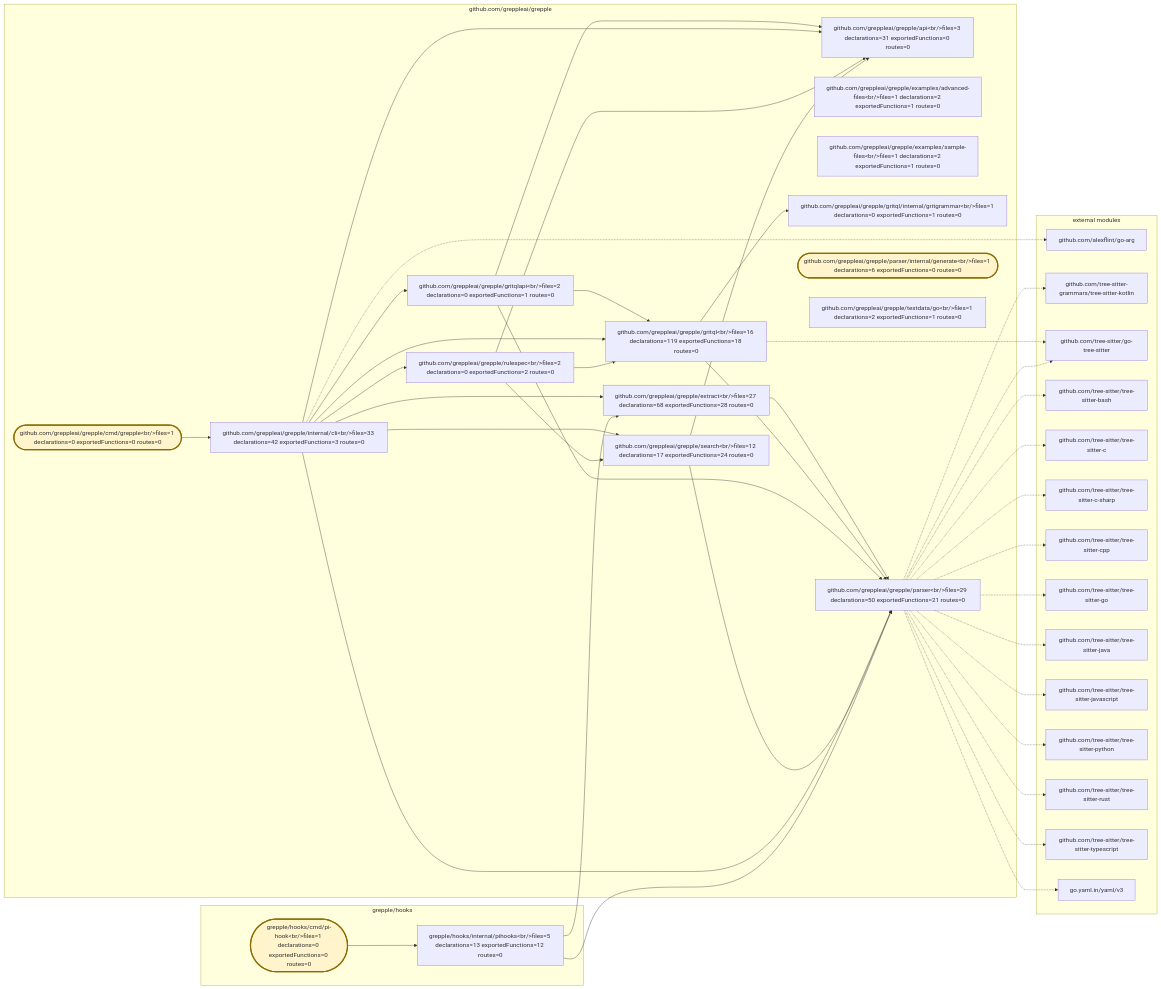
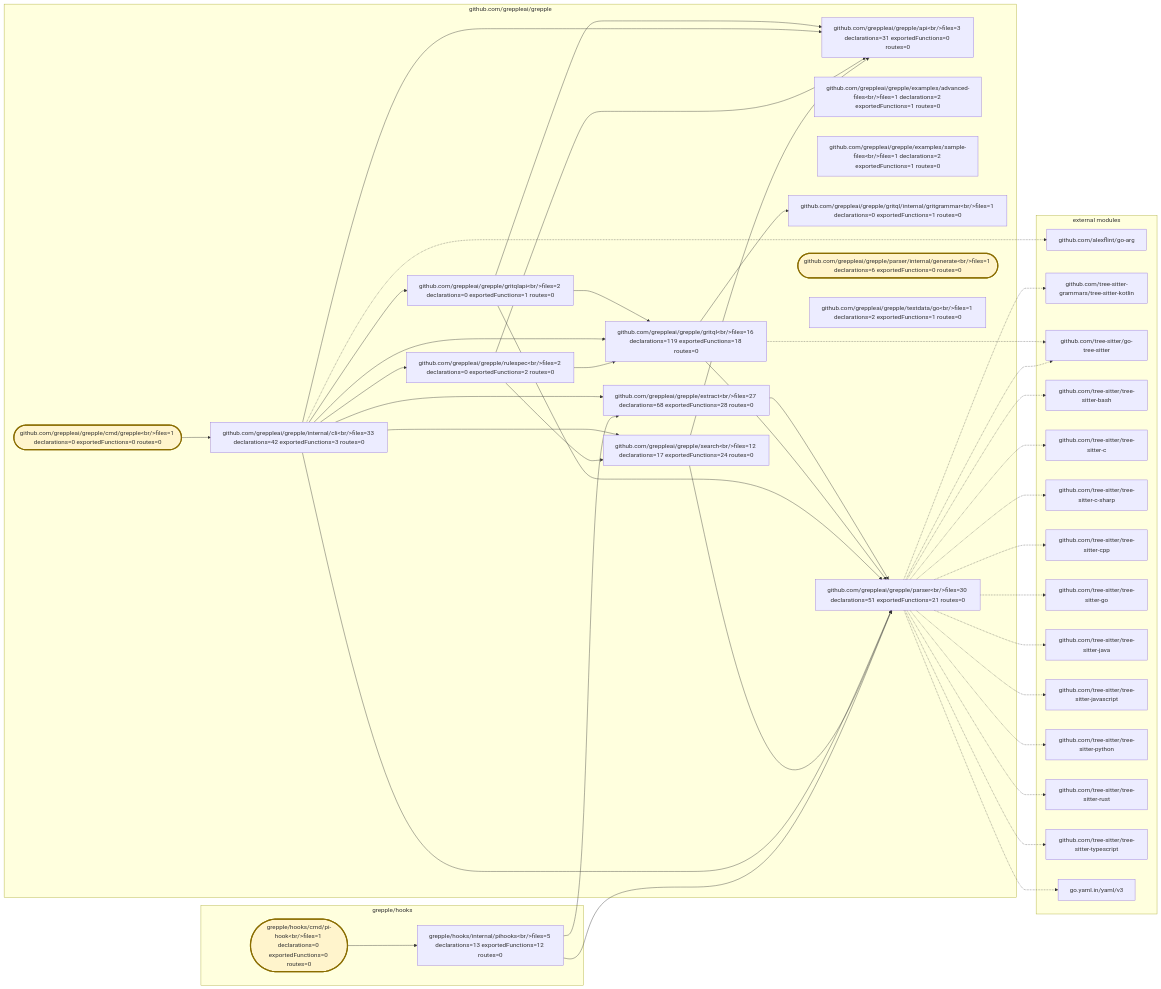
One commit to greppleai/grepple changed the diagram in .grepple/project.workspace/overview.mmd. Above: the diagram before and after it, drawn with Mermaid. The commit also changed 21 other files, not shown here.

```diff
--- a/.grepple/project.workspace/overview.mmd
+++ b/.grepple/project.workspace/overview.mmd
@@ -1,78 +1,78 @@
 flowchart LR
     classDef entrypoint fill:#fff4cc,stroke:#8a6d00,stroke-width:3px
     subgraph module_0["github.com/greppleai/grepple"]
         package_0["github.com/greppleai/grepple/api&lt;br/&gt;files=3 declarations=31 exportedFunctions=0 routes=0"]
         package_1(["github.com/greppleai/grepple/cmd/grepple&lt;br/&gt;files=1 declarations=0 exportedFunctions=0 routes=0"])
         class package_1 entrypoint
         package_2["github.com/greppleai/grepple/examples/advanced-files&lt;br/&gt;files=1 declarations=2 exportedFunctions=1 routes=0"]
         package_3["github.com/greppleai/grepple/examples/sample-files&lt;br/&gt;files=1 declarations=2 exportedFunctions=1 routes=0"]
         package_4["github.com/greppleai/grepple/extract&lt;br/&gt;files=27 declarations=68 exportedFunctions=28 routes=0"]
         package_5["github.com/greppleai/grepple/gritql&lt;br/&gt;files=16 declarations=119 exportedFunctions=18 routes=0"]
         package_6["github.com/greppleai/grepple/gritql/internal/gritgrammar&lt;br/&gt;files=1 declarations=0 exportedFunctions=1 routes=0"]
         package_7["github.com/greppleai/grepple/gritqlapi&lt;br/&gt;files=2 declarations=0 exportedFunctions=1 routes=0"]
         package_8["github.com/greppleai/grepple/internal/cli&lt;br/&gt;files=33 declarations=42 exportedFunctions=3 routes=0"]
-        package_9["github.com/greppleai/grepple/parser&lt;br/&gt;files=29 declarations=50 exportedFunctions=21 routes=0"]
+        package_9["github.com/greppleai/grepple/parser&lt;br/&gt;files=30 declarations=51 exportedFunctions=21 routes=0"]
         package_10(["github.com/greppleai/grepple/parser/internal/generate&lt;br/&gt;files=1 declarations=6 exportedFunctions=0 routes=0"])
         class package_10 entrypoint
         package_11["github.com/greppleai/grepple/rulespec&lt;br/&gt;files=2 declarations=0 exportedFunctions=2 routes=0"]
         package_12["github.com/greppleai/grepple/search&lt;br/&gt;files=12 declarations=17 exportedFunctions=24 routes=0"]
         package_13["github.com/greppleai/grepple/testdata/go&lt;br/&gt;files=1 declarations=2 exportedFunctions=1 routes=0"]
     end
     subgraph module_1["grepple/hooks"]
         package_14(["grepple/hooks/cmd/pi-hook&lt;br/&gt;files=1 declarations=0 exportedFunctions=0 routes=0"])
         class package_14 entrypoint
         package_15["grepple/hooks/internal/pihooks&lt;br/&gt;files=5 declarations=13 exportedFunctions=12 routes=0"]
     end
     package_1 --> package_8
     package_4 --> package_9
     package_5 --> package_6
     package_5 --> package_9
     package_7 --> package_0
     package_7 --> package_5
     package_7 --> package_9
     package_8 --> package_0
     package_8 --> package_4
     package_8 --> package_5
     package_8 --> package_7
     package_8 --> package_9
     package_8 --> package_11
     package_8 --> package_12
     package_11 --> package_0
     package_11 --> package_5
     package_11 --> package_12
     package_12 --> package_0
     package_12 --> package_9
     package_14 --> package_15
     package_15 --> package_4
     package_15 --> package_9
     subgraph external_dependencies["external modules"]
         external_0["github.com/alexflint/go-arg"]
         external_1["github.com/tree-sitter-grammars/tree-sitter-kotlin"]
         external_2["github.com/tree-sitter/go-tree-sitter"]
         external_3["github.com/tree-sitter/tree-sitter-bash"]
         external_4["github.com/tree-sitter/tree-sitter-c"]
         external_5["github.com/tree-sitter/tree-sitter-c-sharp"]
         external_6["github.com/tree-sitter/tree-sitter-cpp"]
         external_7["github.com/tree-sitter/tree-sitter-go"]
         external_8["github.com/tree-sitter/tree-sitter-java"]
         external_9["github.com/tree-sitter/tree-sitter-javascript"]
         external_10["github.com/tree-sitter/tree-sitter-python"]
         external_11["github.com/tree-sitter/tree-sitter-rust"]
         external_12["github.com/tree-sitter/tree-sitter-typescript"]
         external_13["go.yaml.in/yaml/v3"]
     end
     package_8 -.-> external_0
     package_9 -.-> external_1
     package_5 -.-> external_2
     package_9 -.-> external_2
     package_9 -.-> external_3
     package_9 -.-> external_4
     package_9 -.-> external_5
     package_9 -.-> external_6
     package_9 -.-> external_7
     package_9 -.-> external_8
     package_9 -.-> external_9
     package_9 -.-> external_10
     package_9 -.-> external_11
     package_9 -.-> external_12
     package_9 -.-> external_13
```
